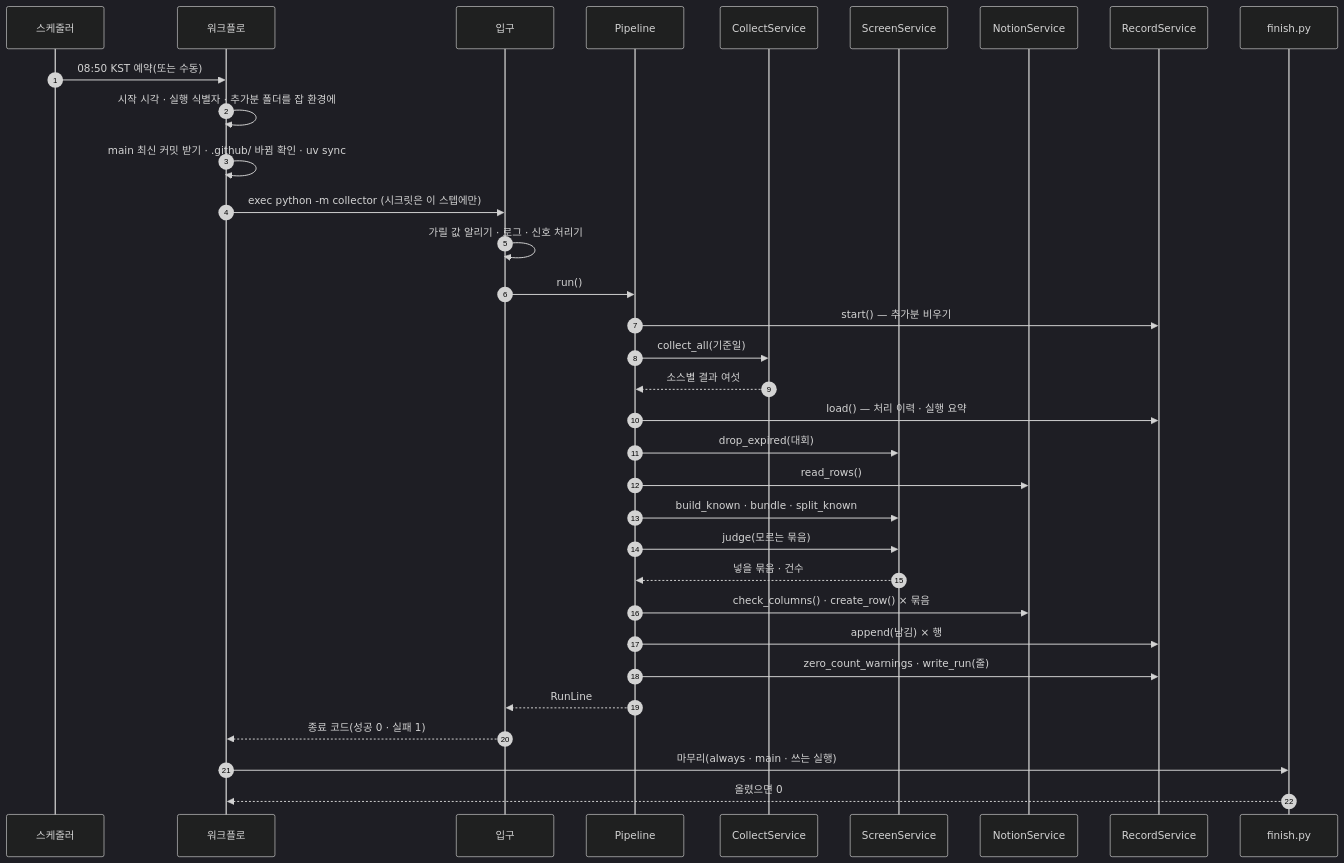
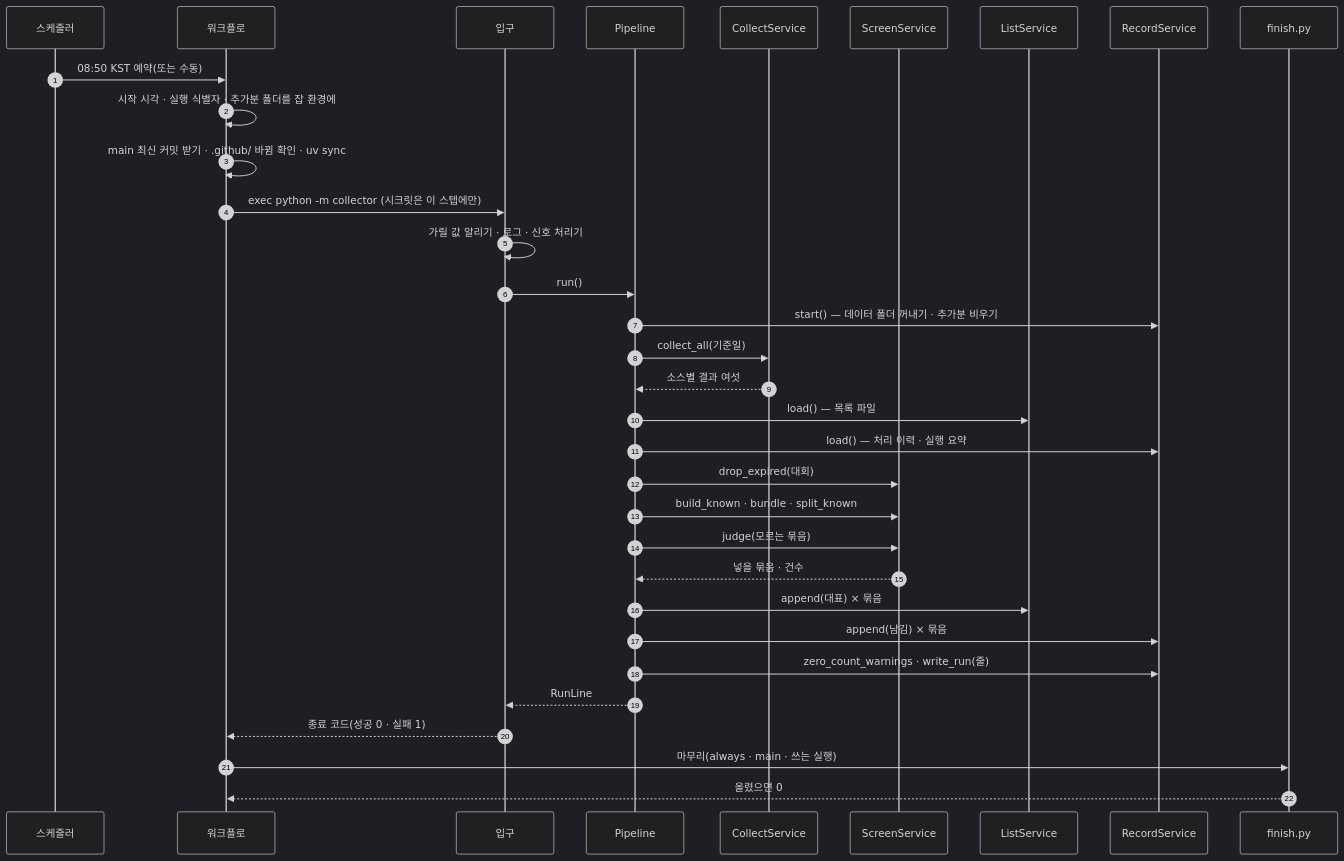
Before and after one commit to HoyoungParkme/competition-crawler: the first of 12 diagrams in docs/specs/09-SEQ/CCR-SEQ-001.md, drawn with Mermaid (dark theme). The commit also changed other lines of this file, not shown here.

````diff
--- a/docs/specs/09-SEQ/CCR-SEQ-001.md
+++ b/docs/specs/09-SEQ/CCR-SEQ-001.md
@@ -43,35 +48,35 @@
 ```mermaid
 sequenceDiagram
     autonumber
     participant GH as 스케줄러
     participant WF as 워크플로
     participant M as 입구
     participant P as Pipeline
     participant CS as CollectService
     participant SS as ScreenService
-    participant NS as NotionService
+    participant LS as ListService
     participant RS as RecordService
     participant F as finish.py
     GH->>WF: 08:50 KST 예약(또는 수동)
     WF->>WF: 시작 시각 · 실행 식별자 · 추가분 폴더를 잡 환경에
     WF->>WF: main 최신 커밋 받기 · .github/ 바뀜 확인 · uv sync
     WF->>M: exec python -m collector (시크릿은 이 스텝에만)
     M->>M: 가릴 값 알리기 · 로그 · 신호 처리기
     M->>P: run()
-    P->>RS: start() — 추가분 비우기
+    P->>RS: start() — 데이터 폴더 꺼내기 · 추가분 비우기
     P->>CS: collect_all(기준일)
     CS-->>P: 소스별 결과 여섯
+    P->>LS: load() — 목록 파일
     P->>RS: load() — 처리 이력 · 실행 요약
     P->>SS: drop_expired(대회)
-    P->>NS: read_rows()
     P->>SS: build_known · bundle · split_known
     P->>SS: judge(모르는 묶음)
     SS-->>P: 넣을 묶음 · 건수
-    P->>NS: check_columns() · create_row() × 묶음
-    P->>RS: append(남김) × 행
+    P->>LS: append(대표) × 묶음
+    P->>RS: append(남김) × 묶음
     P->>RS: zero_count_warnings · write_run(줄)
     P-->>M: RunLine
     M-->>WF: 종료 코드(성공 0 · 실패 1)
     WF->>F: 마무리(always · main · 쓰는 실행)
     F-->>WF: 올렸으면 0
 ```
````
